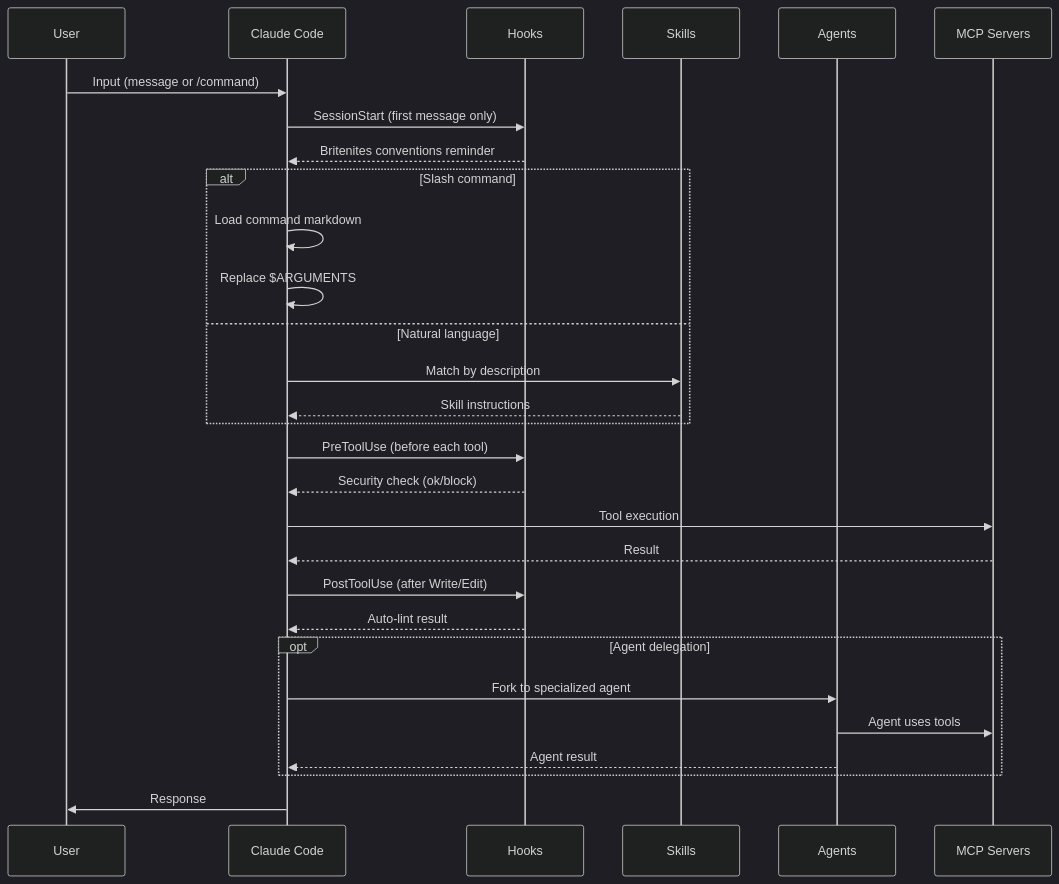
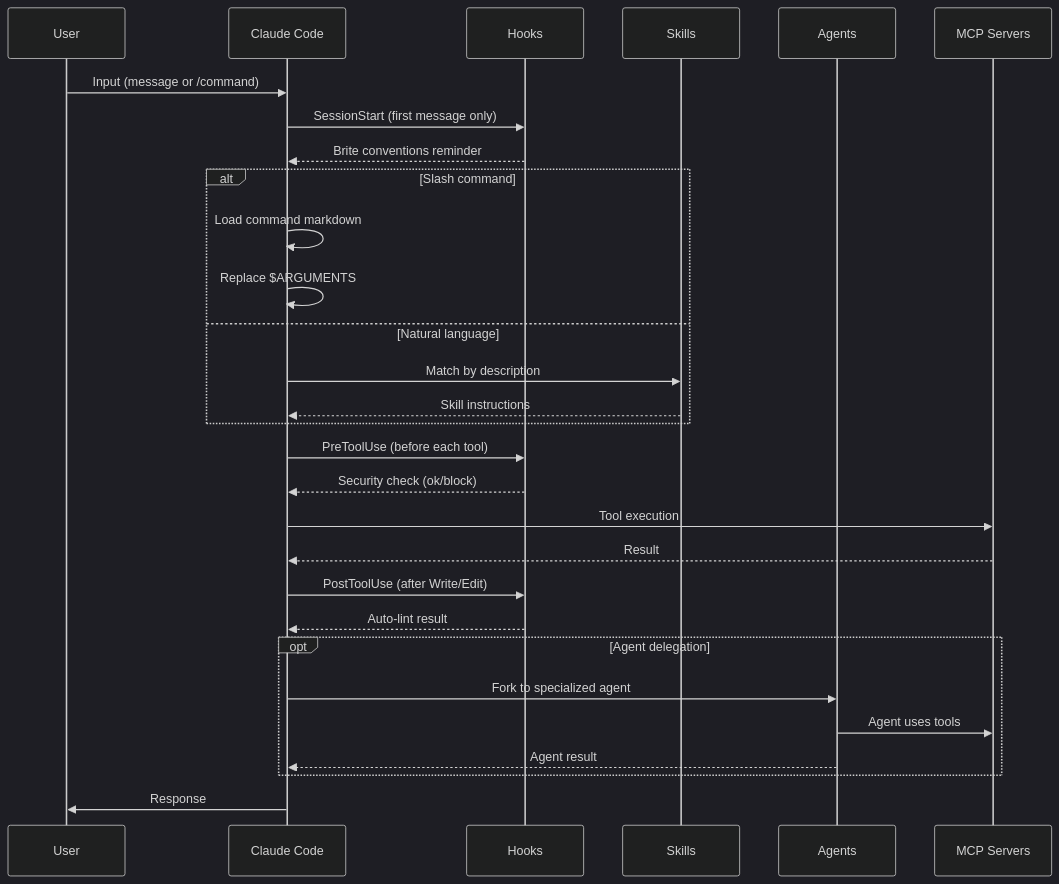
The second of 4 diagrams in ARCHITECTURE.md (Brite-Nites/britenites-claude-plugins), drawn with Mermaid (dark theme) before and after one commit. The commit also changed other lines of this file and 110 other files, not shown here.

````diff
--- a/ARCHITECTURE.md
+++ b/ARCHITECTURE.md
@@ -35,36 +35,36 @@
 ```mermaid
 sequenceDiagram
     participant U as User
     participant CC as Claude Code
     participant H as Hooks
     participant S as Skills
     participant A as Agents
     participant MCP as MCP Servers
 
     U->>CC: Input (message or /command)
     CC->>H: SessionStart (first message only)
-    H-->>CC: Britenites conventions reminder
+    H-->>CC: Brite conventions reminder
 
     alt Slash command
         CC->>CC: Load command markdown
         CC->>CC: Replace $ARGUMENTS
     else Natural language
         CC->>S: Match by description
         S-->>CC: Skill instructions
     end
 
     CC->>H: PreToolUse (before each tool)
     H-->>CC: Security check (ok/block)
     CC->>MCP: Tool execution
     MCP-->>CC: Result
     CC->>H: PostToolUse (after Write/Edit)
     H-->>CC: Auto-lint result
 
     opt Agent delegation
         CC->>A: Fork to specialized agent
         A->>MCP: Agent uses tools
         A-->>CC: Agent result
     end
 
     CC->>U: Response
 ```
````
